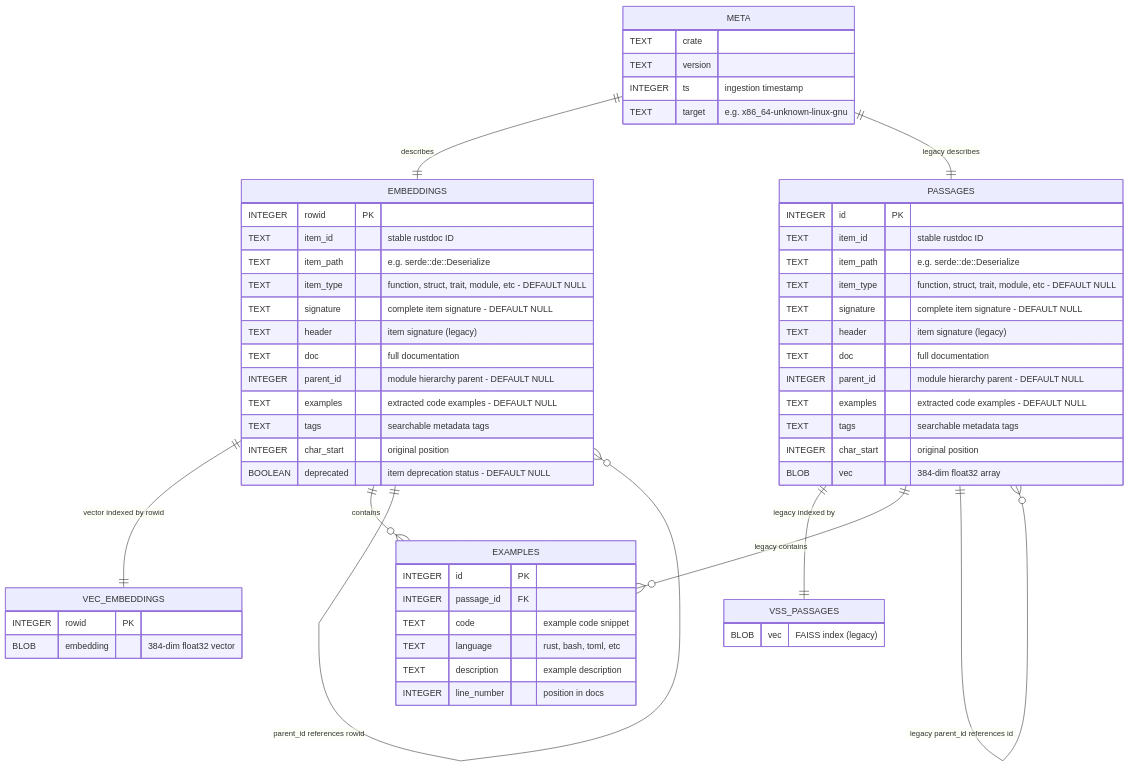
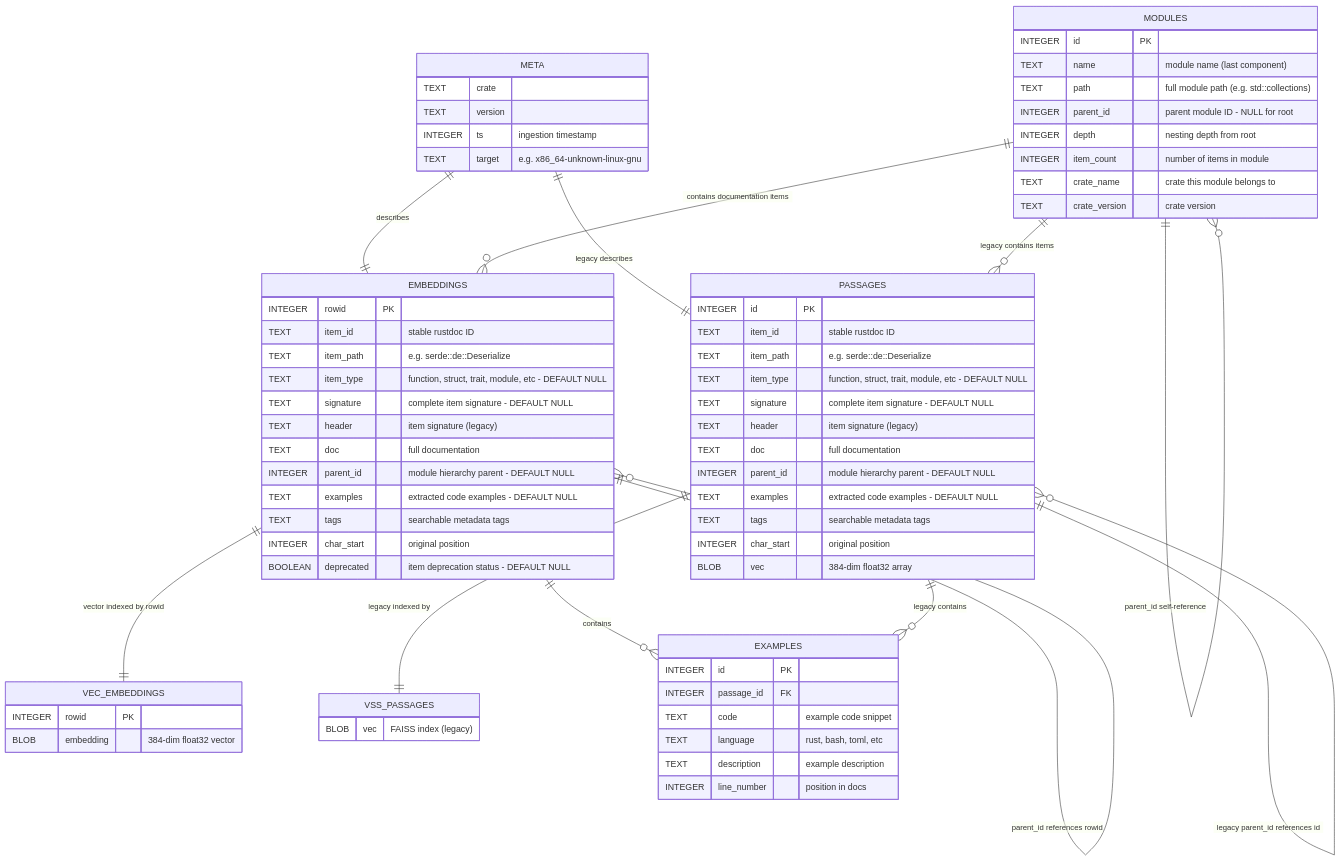
The fourth of 24 diagrams in Architecture.md (RimoVR/docsrs-mcp), drawn with Mermaid before and after one commit. The commit also changed other lines of this file and 7 other files, not shown here.

````diff
--- a/Architecture.md
+++ b/Architecture.md
@@ -160,66 +163,80 @@
 ```mermaid
 erDiagram
     EMBEDDINGS {
         INTEGER rowid PK
         TEXT item_id "stable rustdoc ID"
         TEXT item_path "e.g. serde::de::Deserialize"
         TEXT item_type "function, struct, trait, module, etc - DEFAULT NULL"
         TEXT signature "complete item signature - DEFAULT NULL"
         TEXT header "item signature (legacy)"
         TEXT doc "full documentation"
         INTEGER parent_id "module hierarchy parent - DEFAULT NULL"
         TEXT examples "extracted code examples - DEFAULT NULL"
         TEXT tags "searchable metadata tags"
         INTEGER char_start "original position"
         BOOLEAN deprecated "item deprecation status - DEFAULT NULL"
+    }
+    
+    MODULES {
+        INTEGER id PK
+        TEXT name "module name (last component)"
+        TEXT path "full module path (e.g. std::collections)"
+        INTEGER parent_id "parent module ID - NULL for root"
+        INTEGER depth "nesting depth from root"
+        INTEGER item_count "number of items in module"
+        TEXT crate_name "crate this module belongs to"
+        TEXT crate_version "crate version"
     }
     
     VEC_EMBEDDINGS {
         INTEGER rowid PK
         BLOB embedding "384-dim float32 vector"
     }
     
     PASSAGES {
         INTEGER id PK
         TEXT item_id "stable rustdoc ID"
         TEXT item_path "e.g. serde::de::Deserialize"
         TEXT item_type "function, struct, trait, module, etc - DEFAULT NULL"
         TEXT signature "complete item signature - DEFAULT NULL"
         TEXT header "item signature (legacy)"
         TEXT doc "full documentation"
         INTEGER parent_id "module hierarchy parent - DEFAULT NULL"
         TEXT examples "extracted code examples - DEFAULT NULL"
         TEXT tags "searchable metadata tags"
         INTEGER char_start "original position"
         BLOB vec "384-dim float32 array"
     }
     
     VSS_PASSAGES {
         BLOB vec "FAISS index (legacy)"
     }
     
     EXAMPLES {
         INTEGER id PK
         INTEGER passage_id FK
         TEXT code "example code snippet"
         TEXT language "rust, bash, toml, etc"
         TEXT description "example description"
         INTEGER line_number "position in docs"
     }
     
     META {
         TEXT crate
         TEXT version
         INTEGER ts "ingestion timestamp"
         TEXT target "e.g. x86_64-unknown-linux-gnu"
     }
     
     EMBEDDINGS ||--|| VEC_EMBEDDINGS : "vector indexed by rowid"
     EMBEDDINGS ||--o{ EXAMPLES : "contains"
     EMBEDDINGS ||--o{ EMBEDDINGS : "parent_id references rowid"
     PASSAGES ||--|| VSS_PASSAGES : "legacy indexed by"
     PASSAGES ||--o{ EXAMPLES : "legacy contains"
     PASSAGES ||--o{ PASSAGES : "legacy parent_id references id"
     META ||--|| EMBEDDINGS : "describes"
     META ||--|| PASSAGES : "legacy describes"
+    MODULES ||--o{ MODULES : "parent_id self-reference"
+    MODULES ||--o{ EMBEDDINGS : "contains documentation items"
+    MODULES ||--o{ PASSAGES : "legacy contains items"
 ```
````
